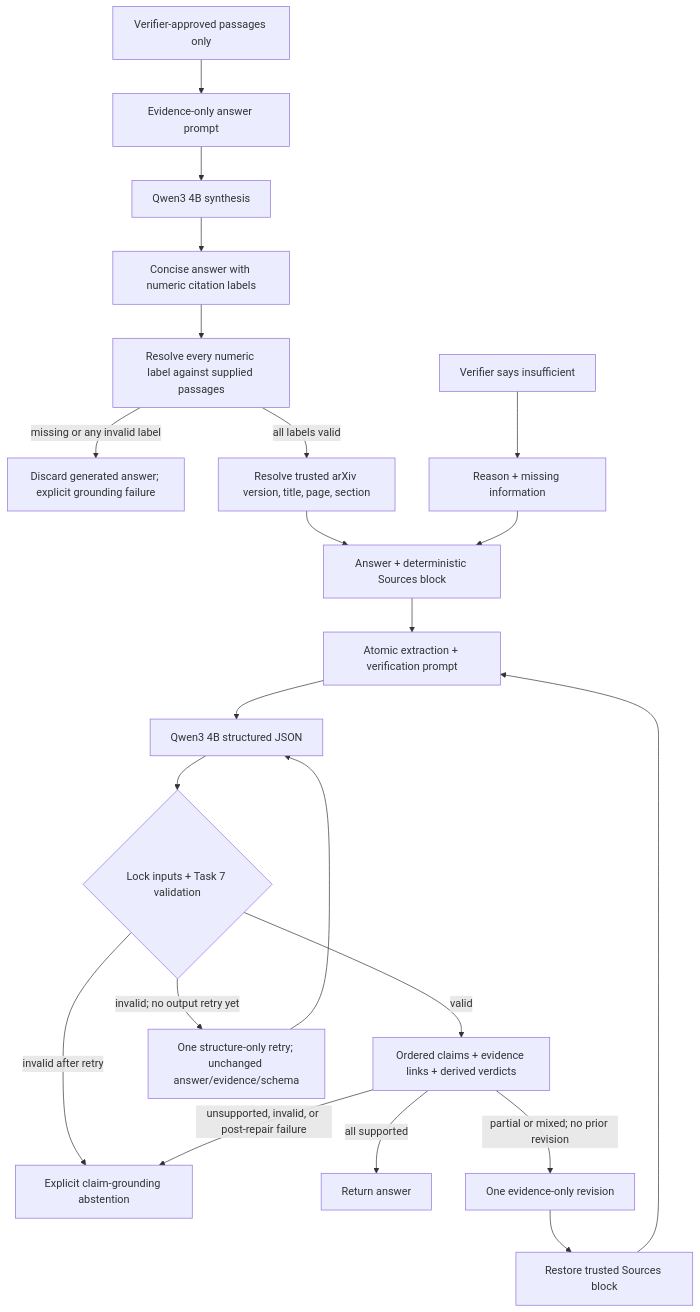
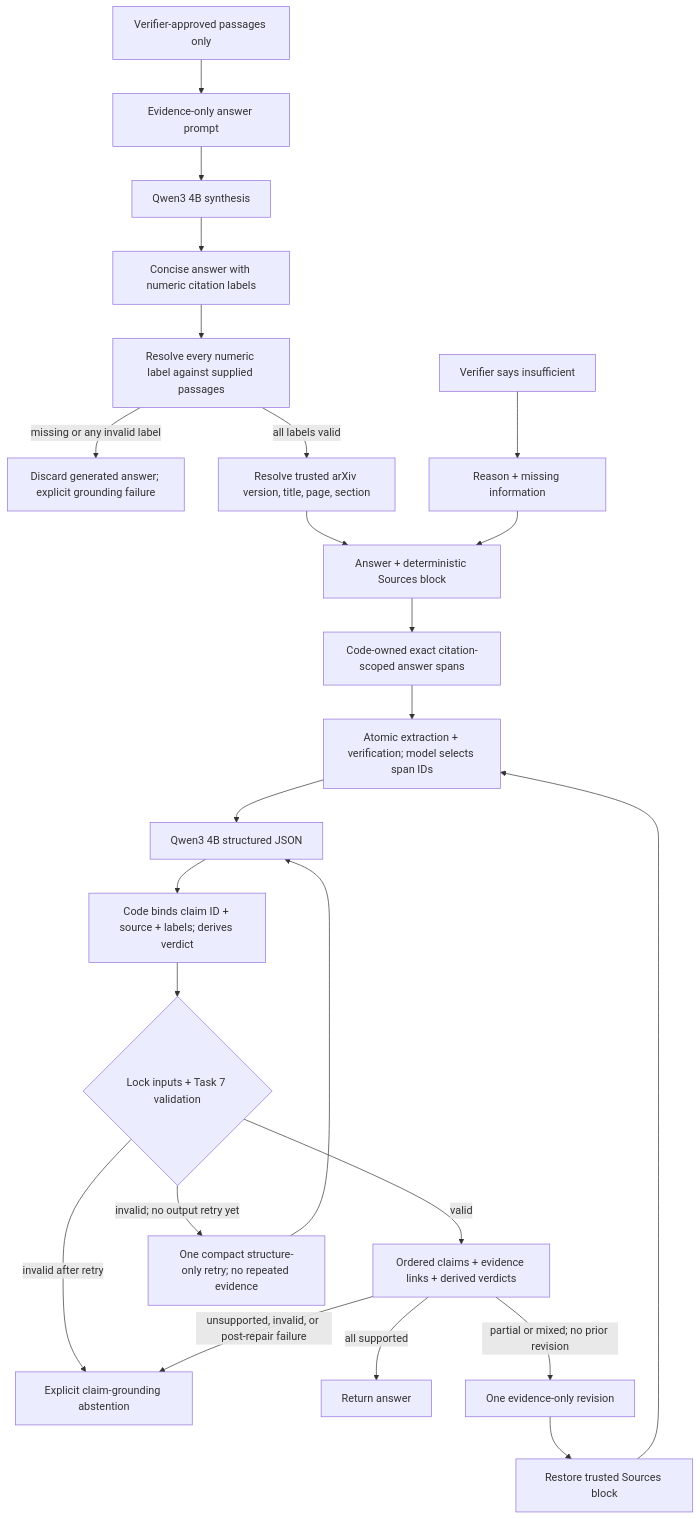
The eighth of 11 diagrams in docs/SYSTEM_VISUALIZATION.md (TQC0103/scientific-research-agent), drawn with Mermaid before and after one commit. The commit also changed other lines of this file and 17 other files, not shown here.

Commit message:
Bind claim verification to citation scopes

````diff
--- a/docs/SYSTEM_VISUALIZATION.md
+++ b/docs/SYSTEM_VISUALIZATION.md
@@ -217,26 +217,28 @@
 ```mermaid
 flowchart TD
     VERIFIED["Verifier-approved passages only"] --> PROMPT["Evidence-only answer prompt"]
     PROMPT --> QWEN["Qwen3 4B synthesis"]
     QWEN --> RAW["Concise answer with numeric citation labels"]
     RAW --> PARSE["Resolve every numeric label against supplied passages"]
     PARSE -->|"missing or any invalid label"| CITEFAIL["Discard generated answer; explicit grounding failure"]
     PARSE -->|"all labels valid"| METADATA["Resolve trusted arXiv version, title, page, section"]
     METADATA --> FINAL["Answer + deterministic Sources block"]
 
     INSUFFICIENT["Verifier says insufficient"] --> ABSTAIN["Reason + missing information"]
     ABSTAIN --> FINAL
 
-    FINAL --> CLAIMPROMPT["Atomic extraction + verification prompt"]
+    FINAL --> SPANS["Code-owned exact citation-scoped answer spans"]
+    SPANS --> CLAIMPROMPT["Atomic extraction + verification; model selects span IDs"]
     CLAIMPROMPT --> CLAIMQWEN["Qwen3 4B structured JSON"]
-    CLAIMQWEN --> CLAIMGUARD{"Lock inputs + Task 7 validation"}
+    CLAIMQWEN --> BIND["Code binds claim ID + source + labels; derives verdict"]
+    BIND --> CLAIMGUARD{"Lock inputs + Task 7 validation"}
     CLAIMGUARD -->|"valid"| CLAIMBUNDLE["Ordered claims + evidence links + derived verdicts"]
-    CLAIMGUARD -->|"invalid; no output retry yet"| FORMATRETRY["One structure-only retry; unchanged answer/evidence/schema"]
+    CLAIMGUARD -->|"invalid; no output retry yet"| FORMATRETRY["One compact structure-only retry; no repeated evidence"]
     FORMATRETRY --> CLAIMQWEN
     CLAIMGUARD -->|"invalid after retry"| CLAIMFAIL["Explicit claim-grounding abstention"]
     CLAIMBUNDLE -->|"all supported"| VERIFIED_FINAL["Return answer"]
     CLAIMBUNDLE -->|"partial or mixed; no prior revision"| REPAIR["One evidence-only revision"]
     REPAIR --> SOURCES["Restore trusted Sources block"]
     SOURCES --> CLAIMPROMPT
     CLAIMBUNDLE -->|"unsupported, invalid, or post-repair failure"| CLAIMFAIL["Explicit claim-grounding abstention"]
 ```
````
